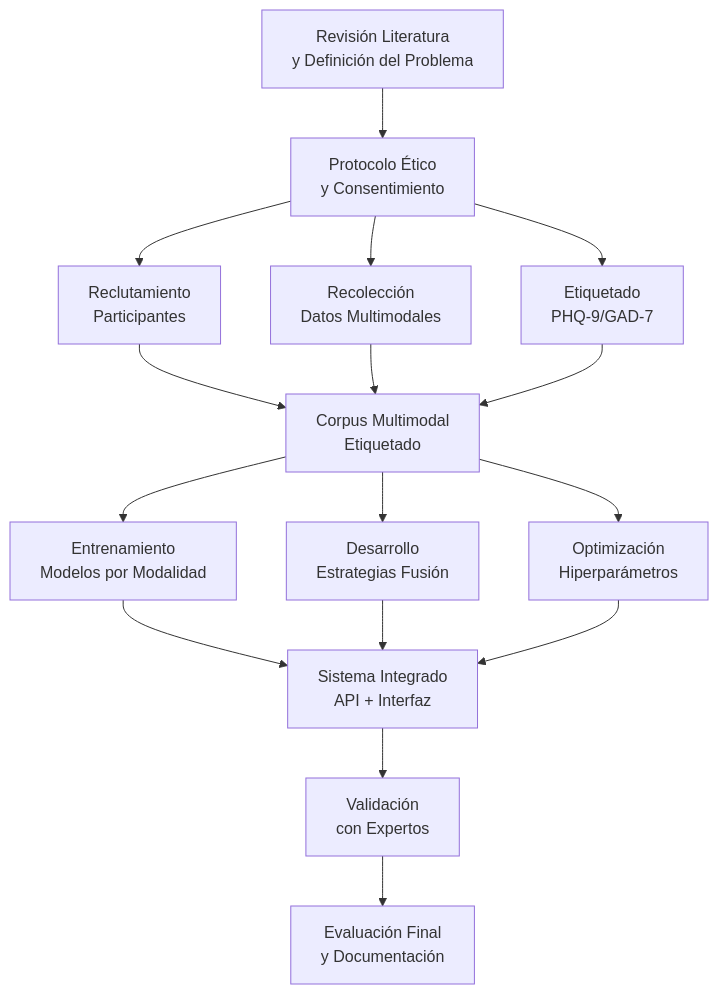
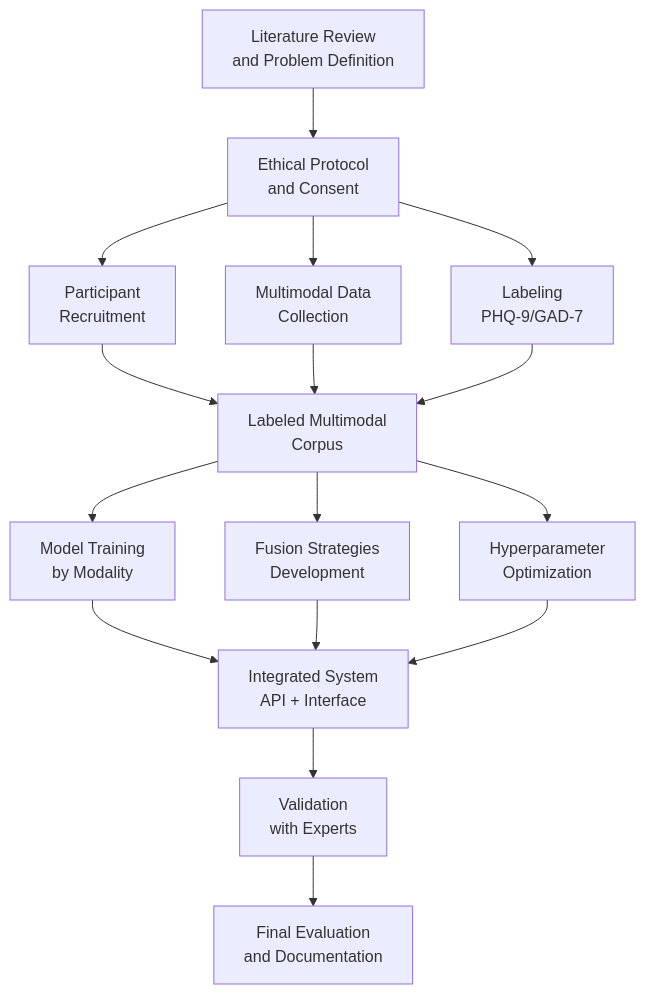
One commit to VerbaNexAI/verbanexai.github.io changed the fourth of 7 diagrams in _projects/2_project.md. Above: the diagram before and after it, drawn with Mermaid. The commit also changed other lines of this file, not shown here.

````diff
--- a/_projects/2_project.md
+++ b/_projects/2_project.md
@@ -86,19 +86,19 @@
 ```mermaid
 graph TB
-    P1[ Revisión Literatura<br>y Definición del Problema] --> P2[ Protocolo Ético<br>y Consentimiento]
+    P1[Literature Review<br>and Problem Definition] --> P2[Ethical Protocol<br>and Consent]
     
-    P2 --> P3A[ Reclutamiento<br>Participantes]
-    P2 --> P3B[ Recolección<br>Datos Multimodales]
-    P2 --> P3C[ Etiquetado<br>PHQ-9/GAD-7]
+    P2 --> P3A[Participant<br>Recruitment]
+    P2 --> P3B[Multimodal Data<br>Collection]
+    P2 --> P3C[Labeling<br>PHQ-9/GAD-7]
     
-    P3A & P3B & P3C --> P4[ Corpus Multimodal<br>Etiquetado]
+    P3A & P3B & P3C --> P4[Labeled Multimodal<br>Corpus]
     
-    P4 --> P5A[ Entrenamiento<br>Modelos por Modalidad]
-    P4 --> P5B[ Desarrollo<br>Estrategias Fusión]
-    P4 --> P5C[ Optimización<br>Hiperparámetros]
+    P4 --> P5A[Model Training<br>by Modality]
+    P4 --> P5B[Fusion Strategies<br>Development]
+    P4 --> P5C[Hyperparameter<br>Optimization]
     
-    P5A & P5B & P5C --> P6[ Sistema Integrado<br>API + Interfaz]
+    P5A & P5B & P5C --> P6[Integrated System<br>API + Interface]
     
-    P6 --> P7[ Validación<br>con Expertos]
-    P7 --> P8[ Evaluación Final<br>y Documentación]
+    P6 --> P7[Validation<br>with Experts]
+    P7 --> P8[Final Evaluation<br>and Documentation]
 ```
````
